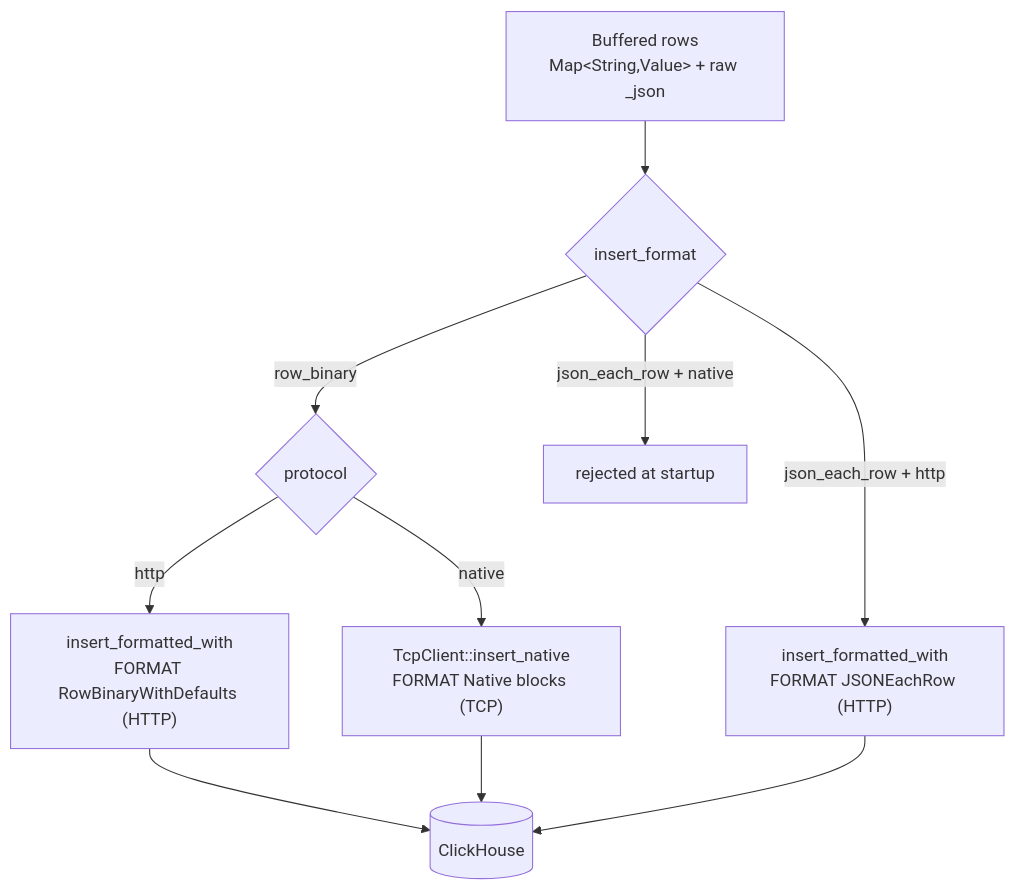
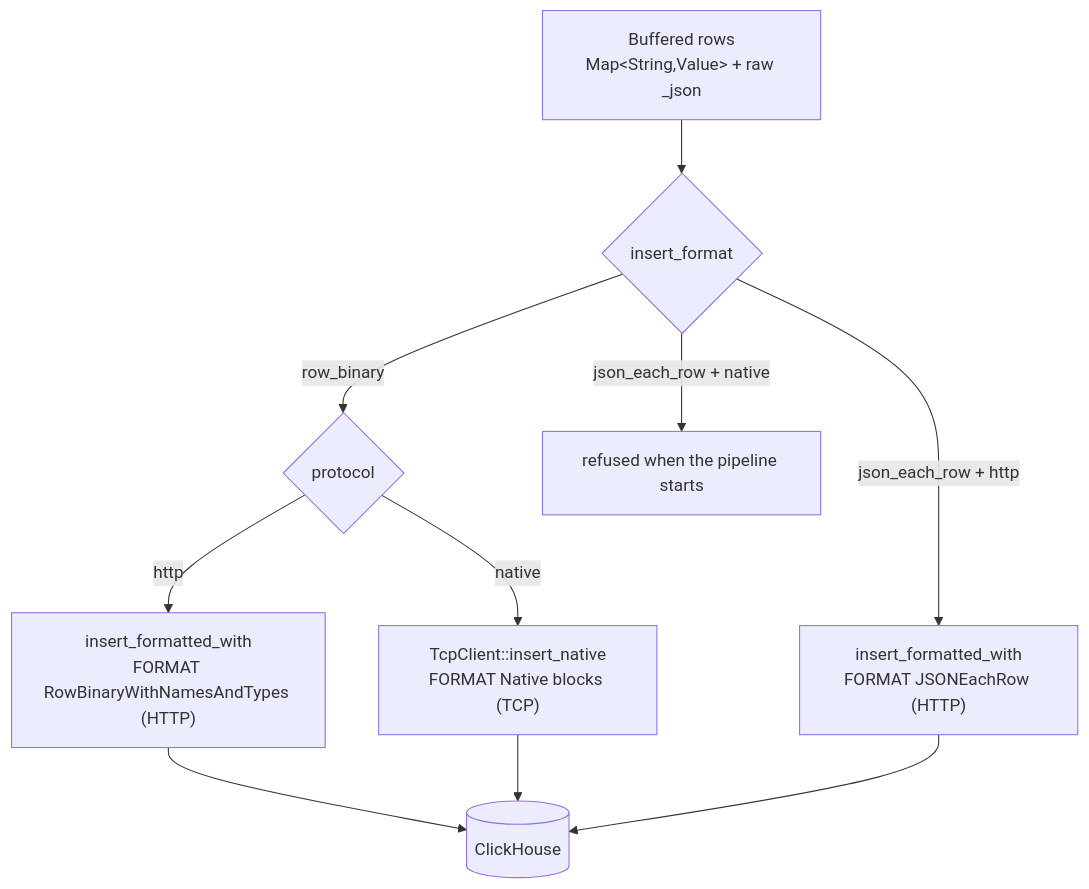
Before and after one commit to hyperi-io/dfe-loader: the diagram in docs/clickhouse/insert-formats.md, drawn with Mermaid. The commit also changed other lines of this file and 30 other files, not shown here.

````diff
--- a/docs/clickhouse/insert-formats.md
+++ b/docs/clickhouse/insert-formats.md
@@ -19,18 +19,18 @@
 ```mermaid
 flowchart TB
     ROW["Buffered rows<br/>Map&lt;String,Value&gt; + raw _json"]
     F{"insert_format"}
     T{"protocol"}
-    RBH["insert_formatted_with<br/>FORMAT RowBinaryWithDefaults (HTTP)"]
+    RBH["insert_formatted_with<br/>FORMAT RowBinaryWithNamesAndTypes (HTTP)"]
     RBT["TcpClient::insert_native<br/>FORMAT Native blocks (TCP)"]
     JE["insert_formatted_with<br/>FORMAT JSONEachRow (HTTP)"]
-    REJ["rejected at startup"]
-    CH[("ClickHouse")]
+    REJ["refused when the pipeline starts"]
+    CH[(ClickHouse)]
 
     ROW --> F
     F -->|row_binary| T
     T -->|http| RBH --> CH
     T -->|native| RBT --> CH
     F -->|json_each_row + http| JE --> CH
     F -->|json_each_row + native| REJ
 ```
````
